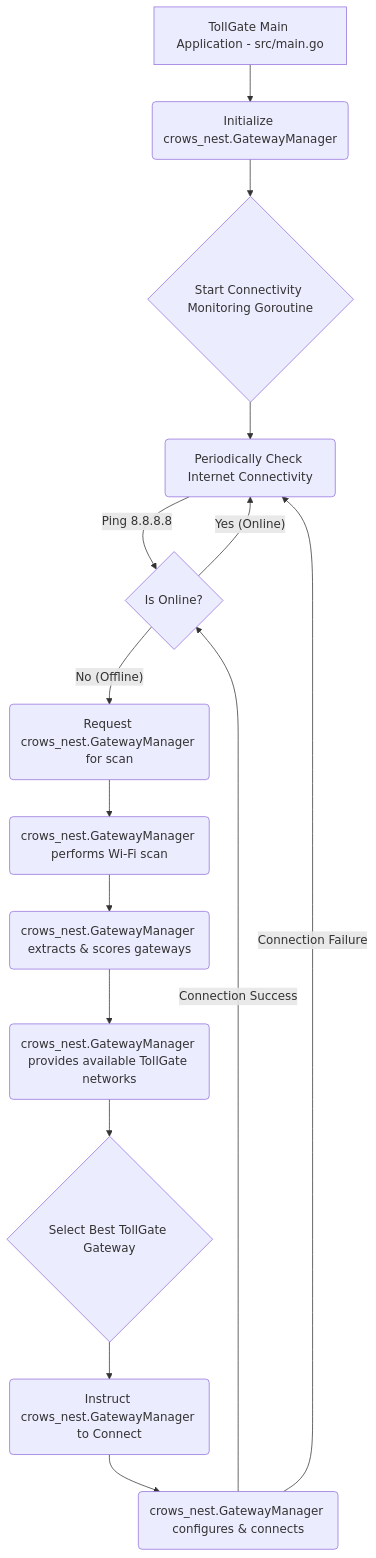
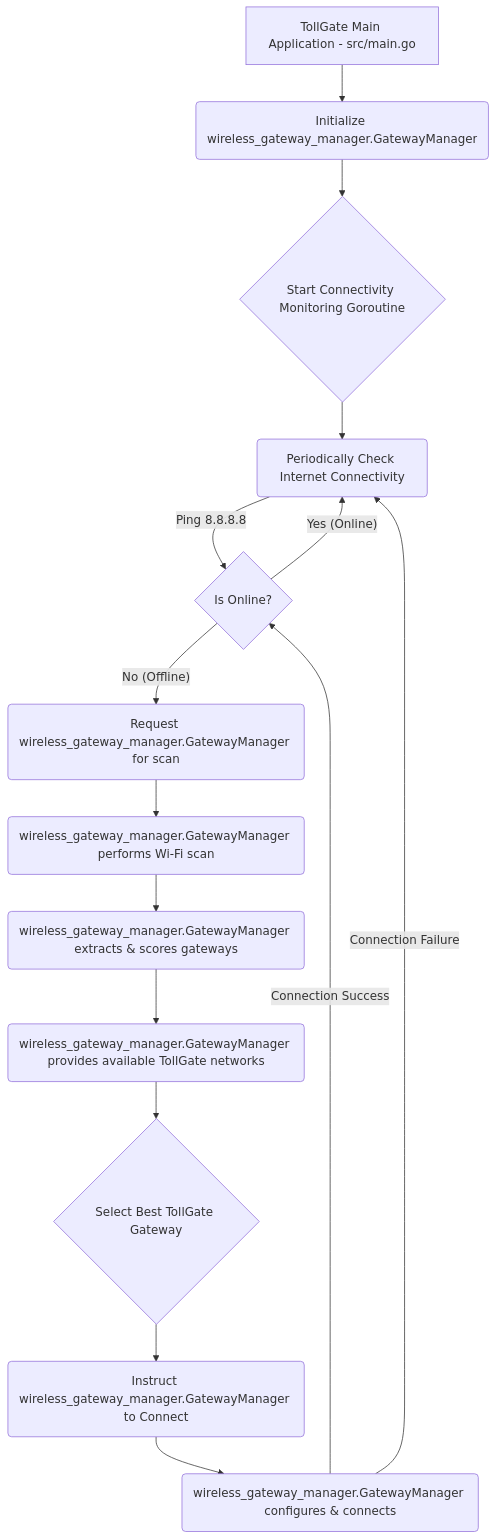
One commit to OpenTollGate/tollgate-module-basic-go changed the diagram in src/HLDD_main_network_management.md. Above: the diagram before and after it, drawn with Mermaid. The commit also changed other lines of this file and 19 other files, not shown here.

Commit message:
rename to wireless_gateway_manager

````diff
--- a/src/HLDD_main_network_management.md
+++ b/src/HLDD_main_network_management.md
@@ -30,22 +30,22 @@
 ```mermaid
 graph TD
-    A[TollGate Main Application - src/main.go] --> B(Initialize crows_nest.GatewayManager);
+    A[TollGate Main Application - src/main.go] --> B(Initialize wireless_gateway_manager.GatewayManager);
     B --> C{Start Connectivity Monitoring Goroutine};
 
     C --> D(Periodically Check Internet Connectivity);
     D -- Ping 8.8.8.8 --> E{Is Online?};
 
-    E -- No (Offline) --> F(Request crows_nest.GatewayManager for scan);
-    F --> G(crows_nest.GatewayManager performs Wi-Fi scan);
-    G --> H(crows_nest.GatewayManager extracts & scores gateways);
-    H --> I(crows_nest.GatewayManager provides available TollGate networks);
+    E -- No (Offline) --> F(Request wireless_gateway_manager.GatewayManager for scan);
+    F --> G(wireless_gateway_manager.GatewayManager performs Wi-Fi scan);
+    G --> H(wireless_gateway_manager.GatewayManager extracts & scores gateways);
+    H --> I(wireless_gateway_manager.GatewayManager provides available TollGate networks);
 
     I --> J{Select Best TollGate Gateway};
-    J --> K(Instruct crows_nest.GatewayManager to Connect);
-    K --> L(crows_nest.GatewayManager configures & connects);
+    J --> K(Instruct wireless_gateway_manager.GatewayManager to Connect);
+    K --> L(wireless_gateway_manager.GatewayManager configures & connects);
 
     L -- Connection Success --> E;
     L -- Connection Failure --> D;
 
     E -- Yes (Online) --> D;
 ```
````
